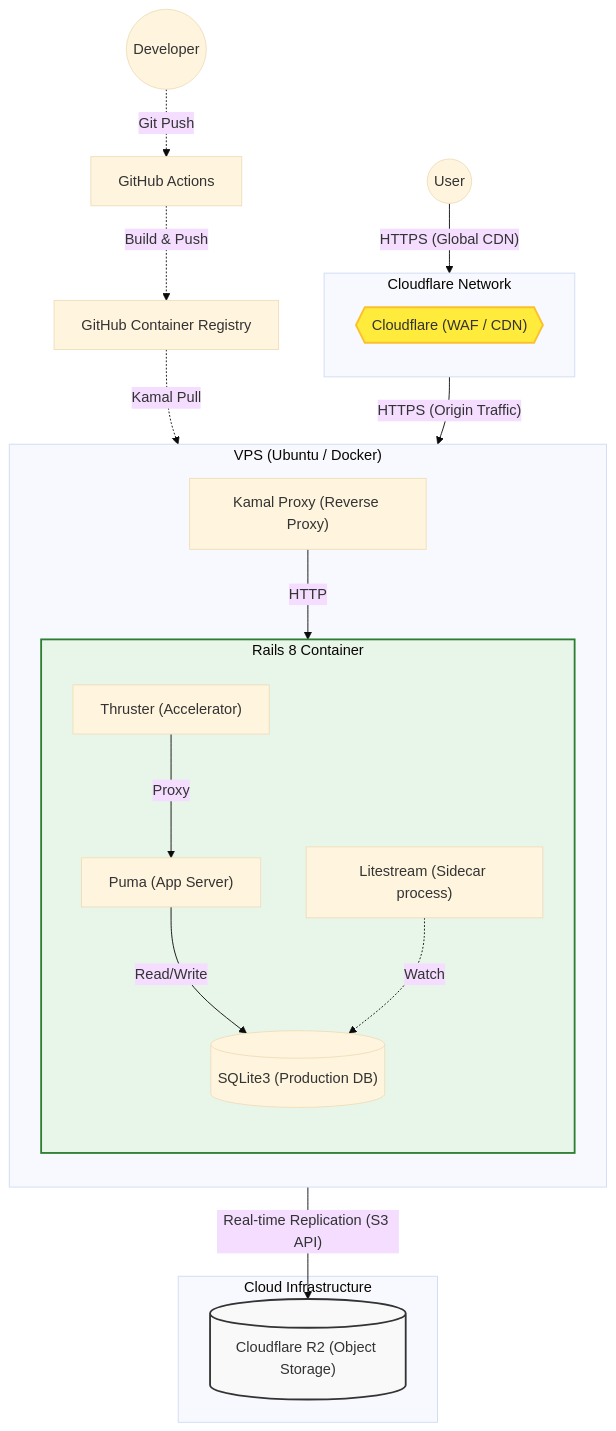
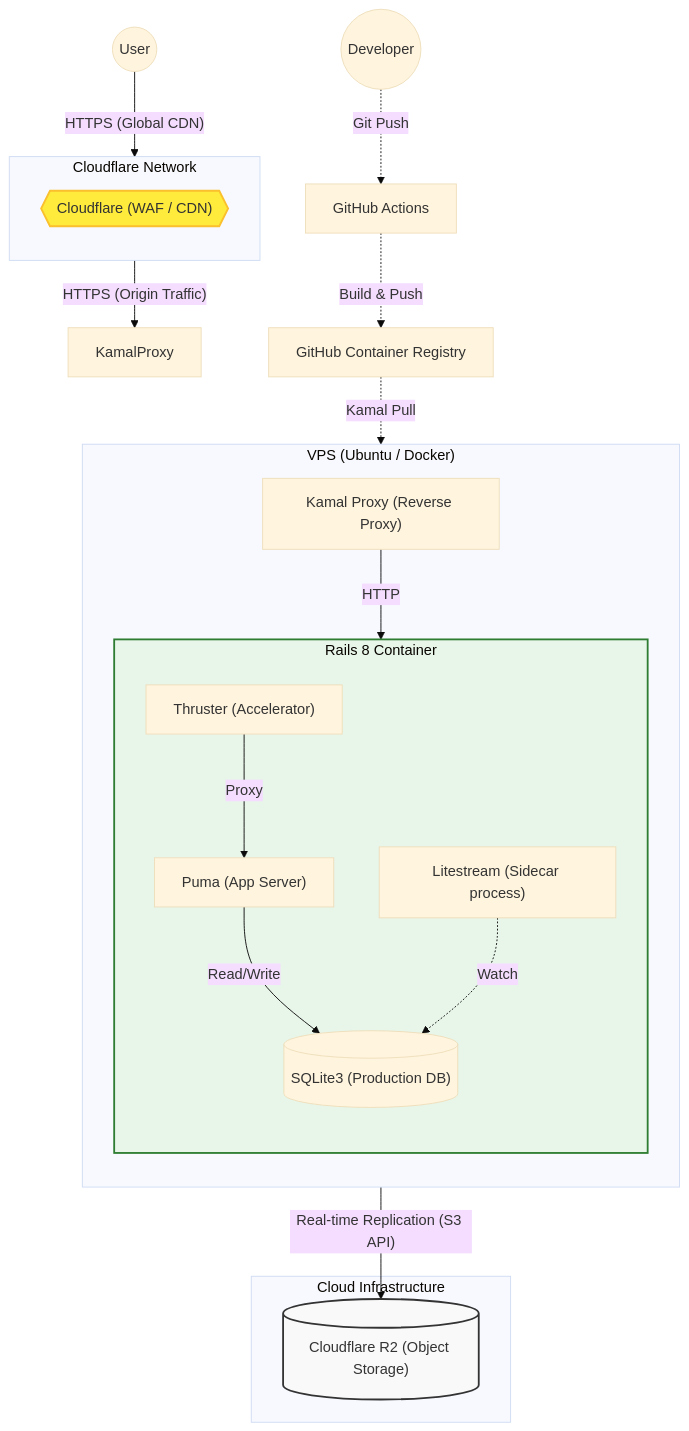
Before and after one commit to php8-study/php8-study-app: the second of 2 diagrams in README.md, drawn with Mermaid (base theme). The commit also changed other lines of this file, not shown here.

````diff
--- a/README.md
+++ b/README.md
@@ -211,42 +211,42 @@
 ```mermaid
 graph TD
     classDef cloud fill:#f9f9f9,stroke:#333,stroke-width:2px;
     classDef cf fill:#ffeb3b,stroke:#fbc02d,stroke-width:2px;
     classDef storage fill:#e1f5fe,stroke:#0277bd,stroke-width:2px;
     classDef app fill:#e8f5e9,stroke:#2e7d32,stroke-width:2px;
 
     User((User)) -->|"HTTPS (Global CDN)"| Cloudflare
 
     subgraph Security ["Cloudflare Network"]
         direction TB
         Cloudflare{{"Cloudflare (WAF / CDN)"}}:::cf
     end
 
-    Cloudflare -->|"HTTPS (Origin Traffic)"| Traefik
+    Cloudflare -->|"HTTPS (Origin Traffic)"| KamalProxy
 
     subgraph VPS ["VPS (Ubuntu / Docker)"]
         direction TB
         Traefik["Kamal Proxy (Reverse Proxy)"] -->|HTTP| Thruster
 
         subgraph AppContainer ["Rails 8 Container"]
             direction TB
             Thruster["Thruster (Accelerator)"] -->|Proxy| Puma["Puma (App Server)"]
             Puma -->|"Read/Write"| SQLite[("SQLite3 (Production DB)")]
 
             Litestream["Litestream (Sidecar process)"] -.->|Watch| SQLite
         end
     end
 
     subgraph Cloud ["Cloud Infrastructure"]
         R2[("Cloudflare R2 (Object Storage)")]:::storage
     end
 
     Litestream -->|"Real-time Replication (S3 API)"| R2
 
     Dev((Developer)) -.->|"Git Push"| GitHub["GitHub Actions"]
     GitHub -.->|"Build & Push"| Registry["GitHub Container Registry"]
     Registry -.->|"Kamal Pull"| VPS
 
     class R2 cloud
     class AppContainer app
 ```
````
